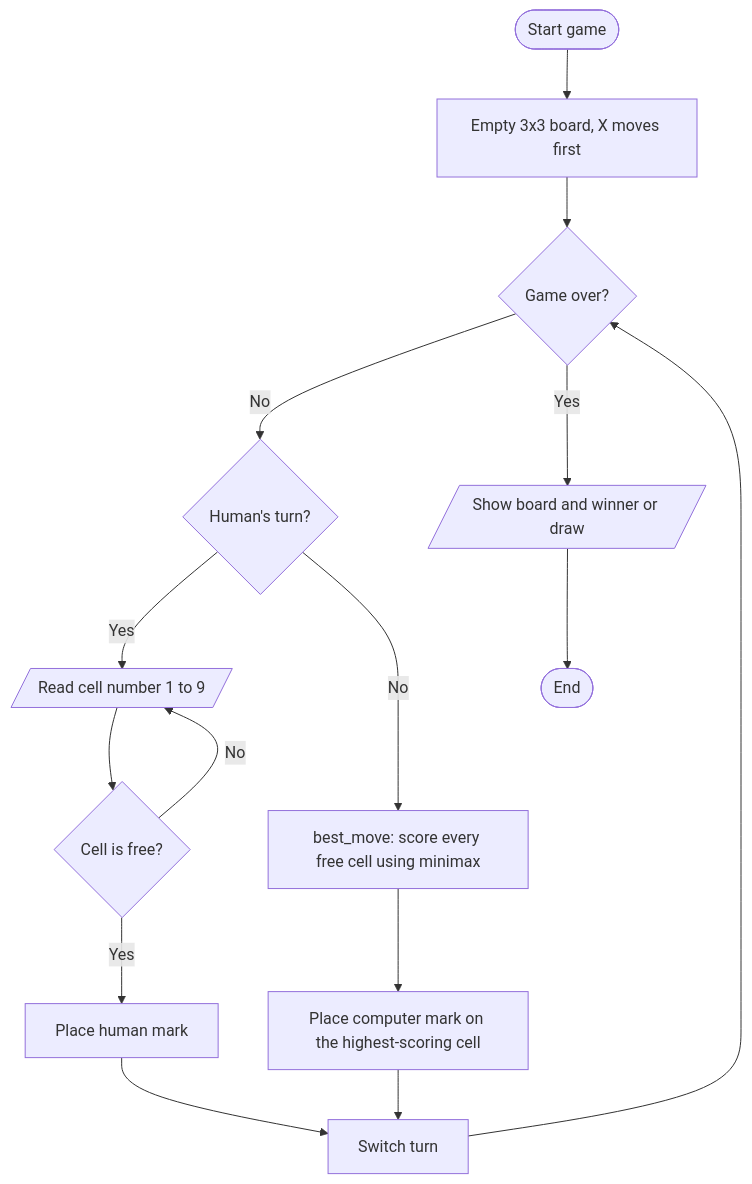
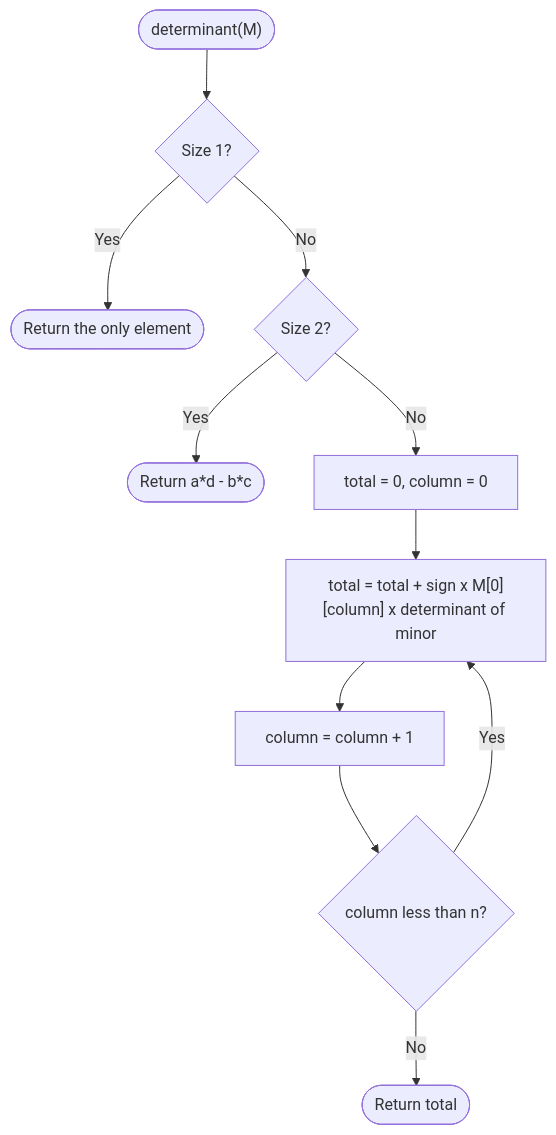
The first of 2 diagrams in README.md (AtlaSwathi29/2026_27_CSE4-221_python_programming), drawn with Mermaid before and after one commit. The commit also changed other lines of this file and 5 other files, not shown here.

````diff
--- a/README.md
+++ b/README.md
@@ -66,17 +62,13 @@
 ```mermaid
 flowchart TD
-    A(["Start game"]) --> B["Empty 3x3 board, X moves first"]
-    B --> C{"Game over?"}
-    C -- No --> D{"Human's turn?"}
-    D -- Yes --> E[/"Read cell number 1 to 9"/]
-    E --> F{"Cell is free?"}
-    F -- No --> E
-    F -- Yes --> G["Place human mark"]
-    D -- No --> H["best_move: score every free cell using minimax"]
-    H --> I["Place computer mark on the highest-scoring cell"]
-    G --> J["Switch turn"]
-    I --> J
-    J --> C
-    C -- Yes --> K[/"Show board and winner or draw"/]
-    K --> Z(["End"])
+    A(["determinant(M)"]) --> B{"Size 1?"}
+    B -- Yes --> R1(["Return the only element"])
+    B -- No --> C{"Size 2?"}
+    C -- Yes --> R2(["Return a*d - b*c"])
+    C -- No --> D["total = 0, column = 0"]
+    D --> E["total = total + sign x M[0][column] x determinant of minor"]
+    E --> F["column = column + 1"]
+    F --> G{"column less than n?"}
+    G -- Yes --> E
+    G -- No --> R3(["Return total"])
 ```
````
